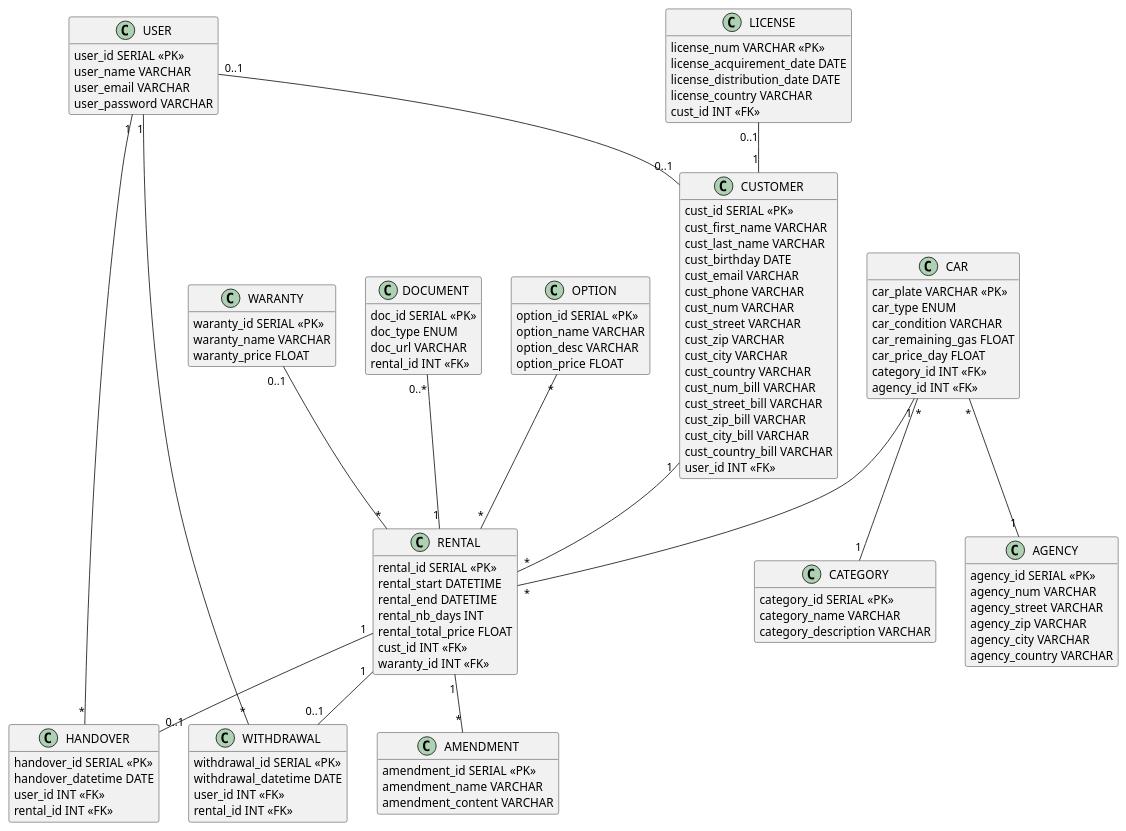
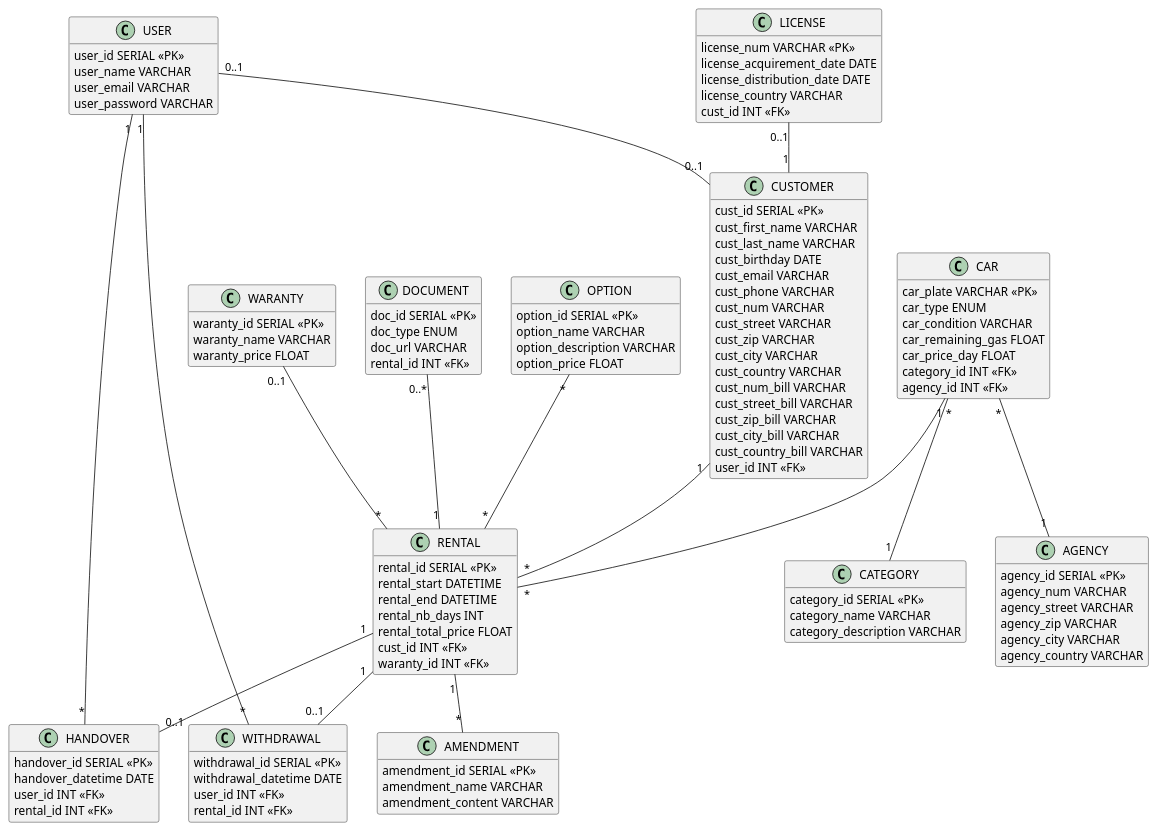
Before and after one commit to axelriv62/roulmapoul-api: the diagram in diagram.puml, drawn with PlantUML.

Commit message:
fix: desc changé en description pour être cohérent

```diff
--- a/diagram.puml
+++ b/diagram.puml
@@ -1,129 +1,129 @@
 @startuml
 hide empty members
 
 class USER {
     user_id SERIAL <<PK>>
     user_name VARCHAR
     user_email VARCHAR
     user_password VARCHAR
 }
 
 class CUSTOMER {
     cust_id SERIAL <<PK>>
     cust_first_name VARCHAR
     cust_last_name VARCHAR
     cust_birthday DATE
     cust_email VARCHAR
     cust_phone VARCHAR
     cust_num VARCHAR
     cust_street VARCHAR
     cust_zip VARCHAR
     cust_city VARCHAR
     cust_country VARCHAR
     cust_num_bill VARCHAR
     cust_street_bill VARCHAR
     cust_zip_bill VARCHAR
     cust_city_bill VARCHAR
     cust_country_bill VARCHAR
     user_id INT <<FK>>
 }
 
 class RENTAL {
     rental_id SERIAL <<PK>>
     rental_start DATETIME
     rental_end DATETIME
     rental_nb_days INT
     rental_total_price FLOAT
     cust_id INT <<FK>>
     waranty_id INT <<FK>>
 }
 
 class LICENSE {
     license_num VARCHAR <<PK>>
     license_acquirement_date DATE
     license_distribution_date DATE
     license_country VARCHAR
     cust_id INT <<FK>>
 }
 
 class WARANTY {
     waranty_id SERIAL <<PK>>
     waranty_name VARCHAR
     waranty_price FLOAT
 }
 
 class AMENDMENT {
     amendment_id SERIAL <<PK>>
     amendment_name VARCHAR
     amendment_content VARCHAR
 }
 
 class DOCUMENT {
     doc_id SERIAL <<PK>>
     doc_type ENUM
     doc_url VARCHAR
     rental_id INT <<FK>>
 }
 
 class WITHDRAWAL {
     withdrawal_id SERIAL <<PK>>
     withdrawal_datetime DATE
     user_id INT <<FK>>
     rental_id INT <<FK>>
 }
 
 class HANDOVER {
     handover_id SERIAL <<PK>>
     handover_datetime DATE
     user_id INT <<FK>>
     rental_id INT <<FK>>
 }
 
 class CAR {
     car_plate VARCHAR <<PK>>
     car_type ENUM
     car_condition VARCHAR
     car_remaining_gas FLOAT
     car_price_day FLOAT
     category_id INT <<FK>>
     agency_id INT <<FK>>
 }
 
 class OPTION {
     option_id SERIAL <<PK>>
     option_name VARCHAR
-    option_desc VARCHAR
+    option_description VARCHAR
     option_price FLOAT
 }
 
 class CATEGORY {
     category_id SERIAL <<PK>>
     category_name VARCHAR
     category_description VARCHAR
 }
 
 class AGENCY {
     agency_id SERIAL <<PK>>
     agency_num VARCHAR
     agency_street VARCHAR
     agency_zip VARCHAR
     agency_city VARCHAR
     agency_country VARCHAR
 }
 
 CAR "*" -- "1" AGENCY
 CAR "*" -- "1" CATEGORY
 CAR "1" -- "*" RENTAL
 RENTAL "1" -- "*" AMENDMENT
 RENTAL "1" -- "0..1" WITHDRAWAL
 WITHDRAWAL "*" -- "1" USER
 USER "0..1" -- "0..1" CUSTOMER
 LICENSE "0..1" -- "1" CUSTOMER
 WARANTY "0..1" -- "*" RENTAL
 OPTION "*" -- "*" RENTAL
 DOCUMENT "0..*" -- "1" RENTAL
 USER "1" -- "*" HANDOVER
 RENTAL "1" -- "0..1" HANDOVER
 CUSTOMER "1" -- "*" RENTAL
 
 @enduml
```
